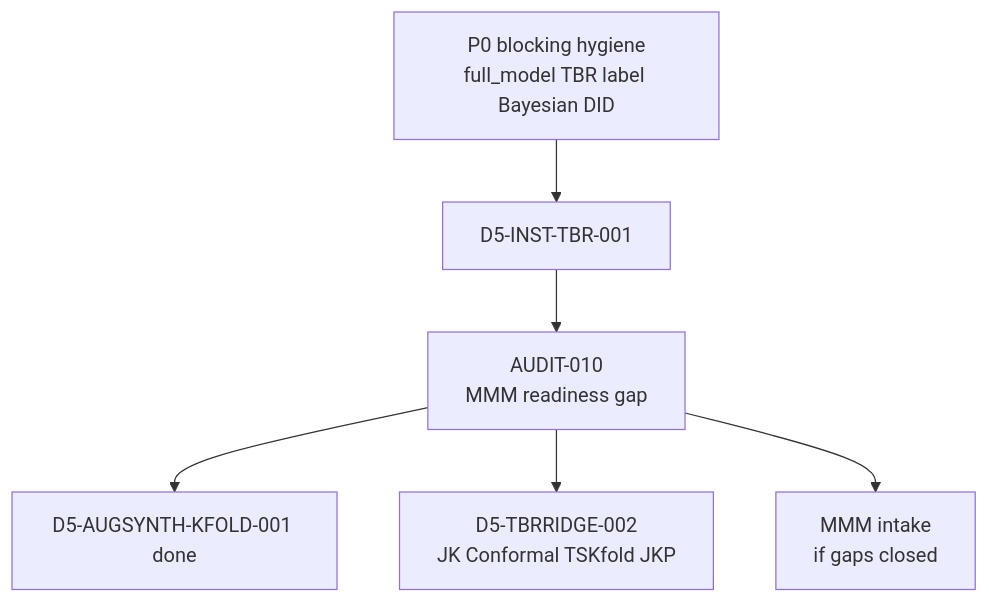
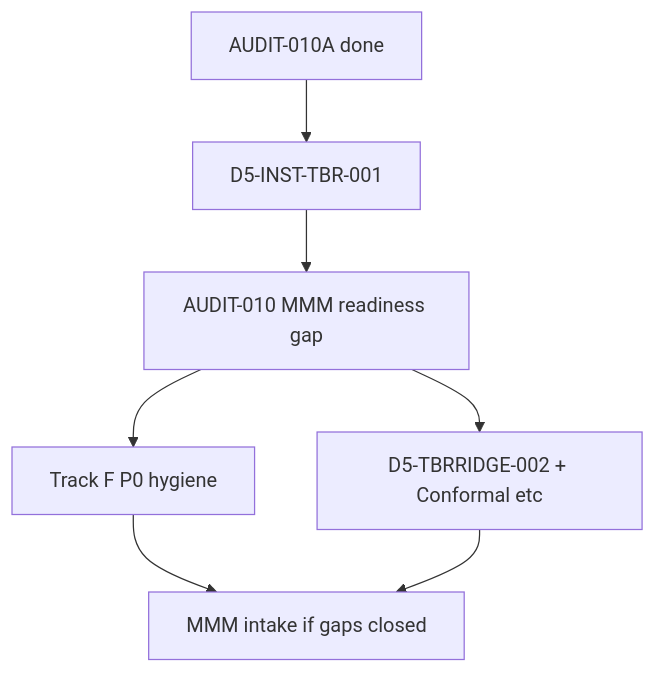
Before and after one commit to Phani-Pavuluri/panel_exp: the second of 2 diagrams in docs/TRACK_F_ESTIMATOR_INFERENCE_COMPLETION_PLAN_001.md, drawn with Mermaid. The commit also changed other lines of this file and 6 other files, not shown here.

First line of the commit message:
Add AUDIT-010A roadmap consistency pre-MMM gate

````diff
--- a/docs/TRACK_F_ESTIMATOR_INFERENCE_COMPLETION_PLAN_001.md
+++ b/docs/TRACK_F_ESTIMATOR_INFERENCE_COMPLETION_PLAN_001.md
@@ -318,15 +318,16 @@
 ```mermaid
 flowchart TD
-  P0[P0 blocking hygiene\nfull_model TBR label Bayesian DID]
   TBR[D5-INST-TBR-001]
-  A10[AUDIT-010\nMMM readiness gap]
-  P2A[D5-AUGSYNTH-KFOLD-001 done]
-  P2B[D5-TBRRIDGE-002\nJK Conformal TSKfold JKP]
-  MMM[MMM intake\nif gaps closed]
+  A10A[AUDIT-010A done]
+  A10[AUDIT-010 MMM readiness gap]
+  P0[Track F P0 hygiene]
+  P2B[D5-TBRRIDGE-002 + Conformal etc]
+  MMM[MMM intake if gaps closed]
 
-  P0 --> TBR
+  A10A --> TBR
   TBR --> A10
-  A10 --> P2A
+  A10 --> P0
   A10 --> P2B
-  A10 --> MMM
+  P0 --> MMM
+  P2B --> MMM
 ```
````
